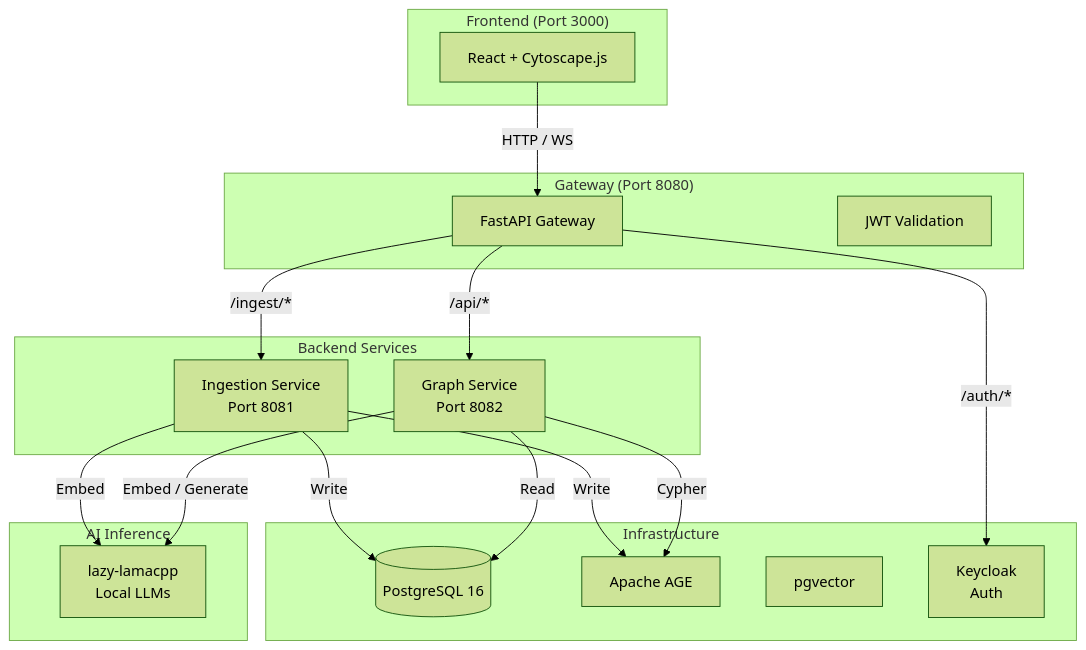
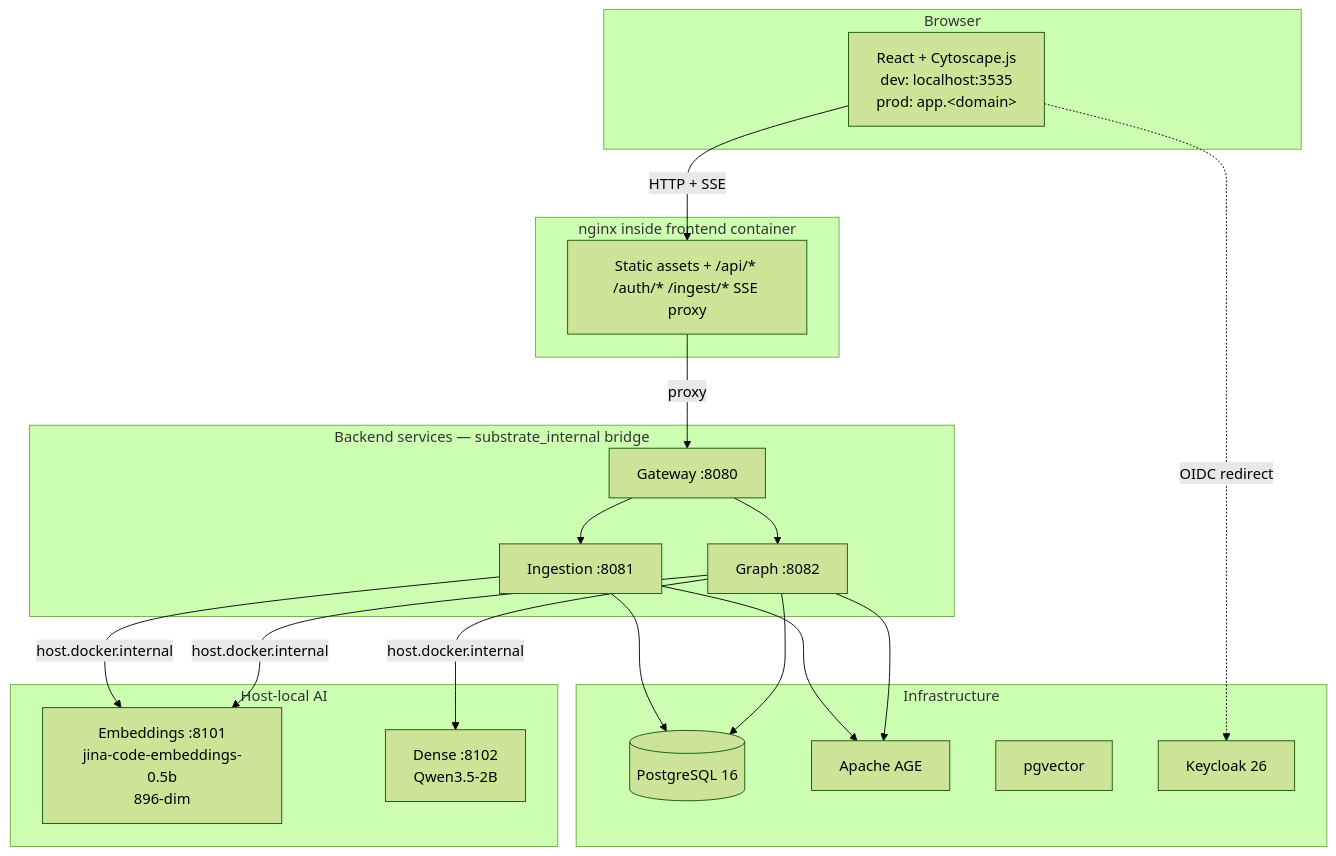
One commit to invariantcontinuum/substrate changed the first of 4 diagrams in docs/architecture/index.md. Above: the diagram before and after it, drawn with Mermaid (forest theme). The commit also changed other lines of this file and 11 other files, not shown here.

Commit message:
docs: rewrite architecture and system-design docs for single-db, sse-only, ast chunker, enriched summary

````diff
--- a/docs/architecture/index.md
+++ b/docs/architecture/index.md
@@ -19,40 +20,43 @@
 ```mermaid
 flowchart TB
-    subgraph Frontend["Frontend (Port 3000)"]
-        UI[React + Cytoscape.js]
+    subgraph Browser["Browser"]
+        UI[React + Cytoscape.js<br/>dev: localhost:3535<br/>prod: app.&lt;domain&gt;]
     end
 
-    subgraph Gateway["Gateway (Port 8080)"]
-        GW[FastAPI Gateway]
-        Auth[JWT Validation]
+    subgraph Edge["nginx inside frontend container"]
+        NGX[Static assets + /api/* /auth/* /ingest/* SSE proxy]
     end
 
-    subgraph Services["Backend Services"]
-        ING[Ingestion Service<br/>Port 8081]
-        GRAPH[Graph Service<br/>Port 8082]
+    subgraph Services["Backend services — substrate_internal bridge"]
+        GW[Gateway :8080]
+        ING[Ingestion :8081]
+        GRAPH[Graph :8082]
     end
 
     subgraph Infrastructure["Infrastructure"]
         PG[(PostgreSQL 16)]
         AGE[Apache AGE]
         VEC[pgvector]
-        KC[Keycloak<br/>Auth]
+        KC[Keycloak 26]
     end
 
-    subgraph AI["AI Inference"]
-        LLM[lazy-lamacpp<br/>Local LLMs]
+    subgraph AI["Host-local AI"]
+        EMB[Embeddings :8101<br/>jina-code-embeddings-0.5b<br/>896-dim]
+        DENSE[Dense :8102<br/>Qwen3.5-2B]
     end
 
-    UI -->|HTTP / WS| GW
-    GW -->|/ingest/*| ING
-    GW -->|/api/*| GRAPH
-    GW -->|/auth/*| KC
+    UI -->|HTTP + SSE| NGX
+    NGX -->|proxy| GW
+    GW --> ING
+    GW --> GRAPH
+    UI -.->|OIDC redirect| KC
 
-    ING -->|Write| PG
-    ING -->|Write| AGE
-    GRAPH -->|Read| PG
-    GRAPH -->|Cypher| AGE
+    ING --> PG
+    ING --> AGE
+    GRAPH --> PG
+    GRAPH --> AGE
 
-    ING -->|Embed| LLM
-    GRAPH -->|Embed / Generate| LLM
+    ING -->|host.docker.internal| EMB
+    GRAPH -->|host.docker.internal| EMB
+    GRAPH -->|host.docker.internal| DENSE
 ```
````
